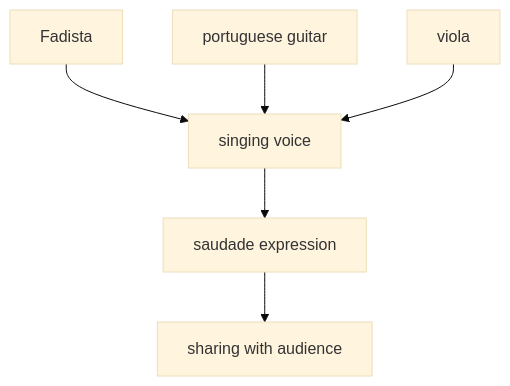
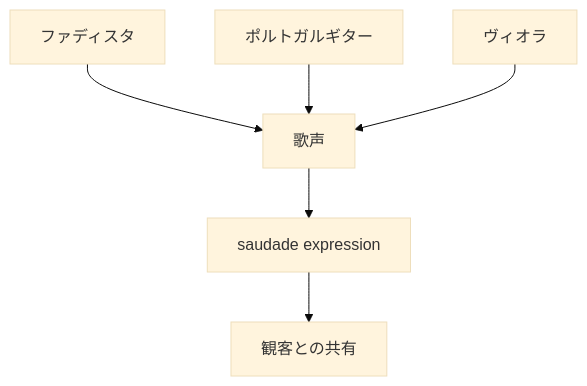
One commit to monumental-movement/monumental-movement.github.io changed the third of 12 diagrams in en/_posts/2026-05-16-column-fado.md. Above: the diagram before and after it, drawn with Mermaid (base theme). The commit also changed other lines of this file and 2196 other files, not shown here.

```diff
--- a/en/_posts/2026-05-16-column-fado.md
+++ b/en/_posts/2026-05-16-column-fado.md
@@ -182,8 +181,8 @@
 <div class="mermaid">
 flowchart TD
-A[Fadista] --> B[singing voice]
-C[portuguese guitar] --> B
-D[viola] --> B
+A[ファディスタ] --> B[歌声]
+C[ポルトガルギター] --> B
+D[ヴィオラ] --> B
 B --> E[saudade expression]
-E --> F[sharing with audience]
+E --> F[観客との共有]
 </div>
```
